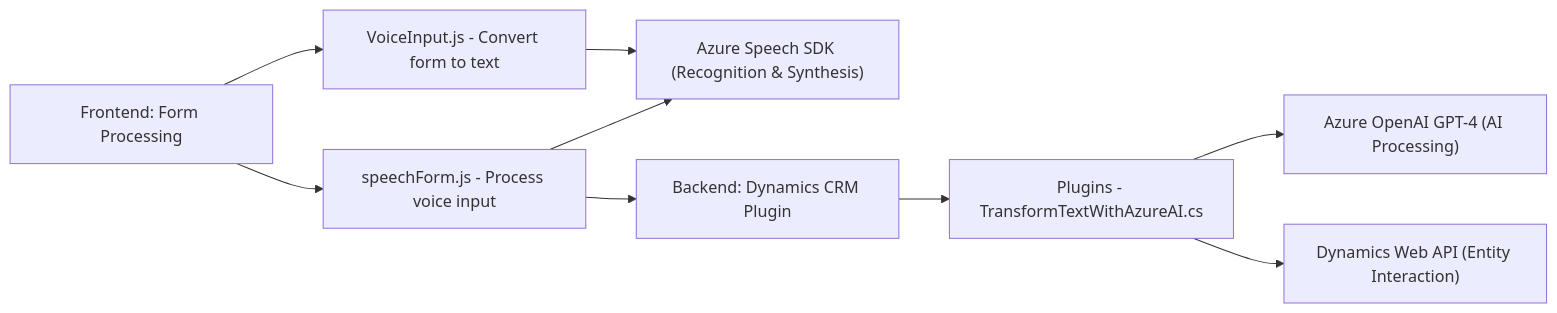
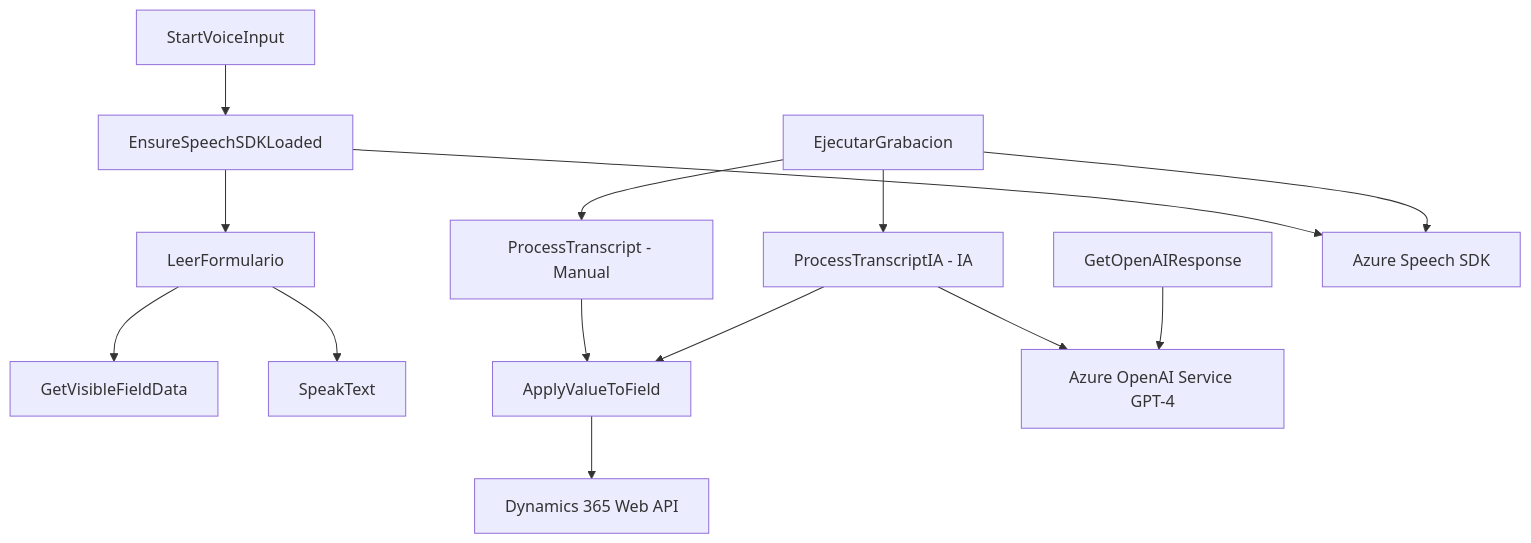
Before and after one commit to blopezdm/NETCORE_BILBAO2025: the diagram in README.md, drawn with Mermaid. The commit also changed other lines of this file, not shown here.

````diff
--- a/README.md
+++ b/README.md
@@ -49,21 +38,30 @@
 ```mermaid
-graph LR
-    A["Frontend: Form Processing"]
-    B["VoiceInput.js - Convert form to text"]
-    C["speechForm.js - Process voice input"]
-    D["Backend: Dynamics CRM Plugin"]
-    E["Plugins - TransformTextWithAzureAI.cs"]
-
-    F["Azure Speech SDK (Recognition & Synthesis)"]
-    G["Azure OpenAI GPT-4 (AI Processing)"]
-    H["Dynamics Web API (Entity Interaction)"]
-
-    A --> B
-    A --> C
-    B --> F
-    C --> F
-    C --> D
-    D --> E
-    E --> G
-    E --> H
+graph TD
+  A["StartVoiceInput"]
+  B["EnsureSpeechSDKLoaded"]
+  C["LeerFormulario"]
+  D["GetVisibleFieldData"]
+  E["SpeakText"]
+  F["EjecutarGrabacion"]
+  G["ProcessTranscript - Manual"]
+  H["ProcessTranscriptIA - IA"]
+  I["GetOpenAIResponse"]
+  J["ApplyValueToField"]
+  K["Azure Speech SDK"]
+  L["Azure OpenAI Service GPT-4"]
+  M["Dynamics 365 Web API"]
+  
+  A --> B
+  B --> K
+  B --> C
+  C --> D
+  C --> E
+  F --> K
+  F --> G
+  F --> H
+  G --> J
+  H --> J
+  H --> L
+  I --> L
+  J --> M
 ```
````
